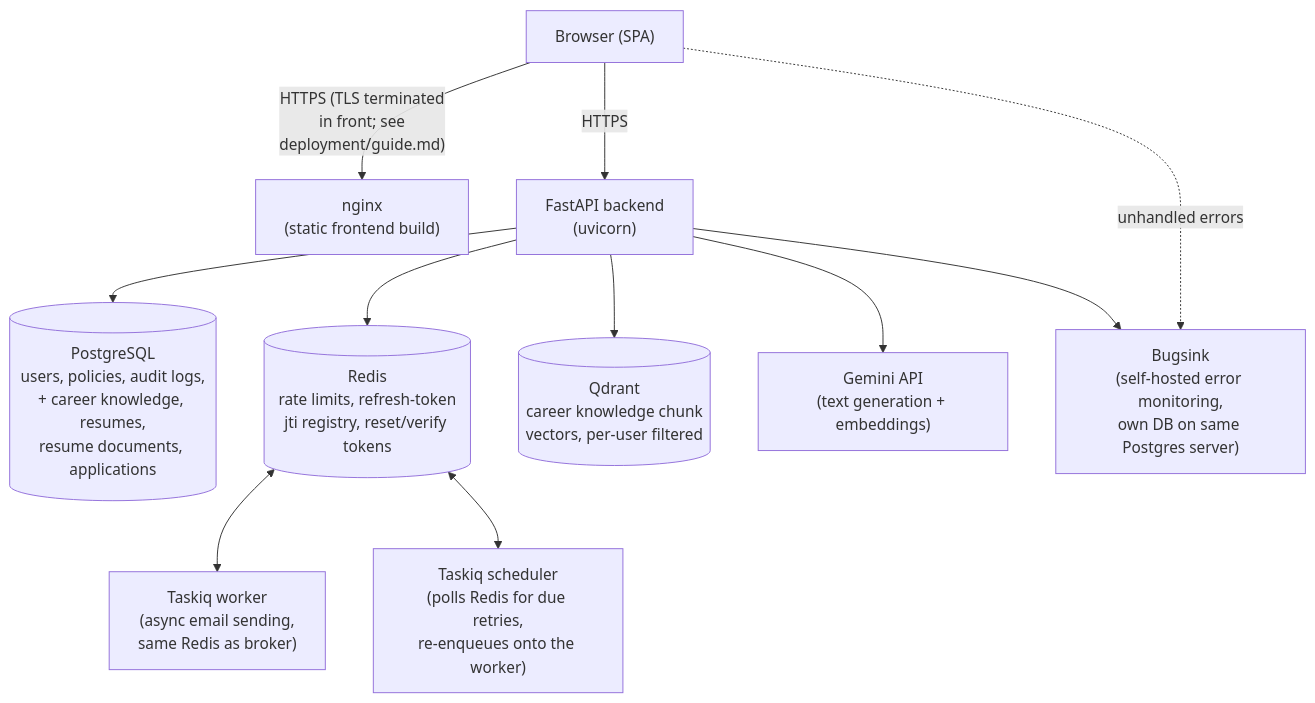
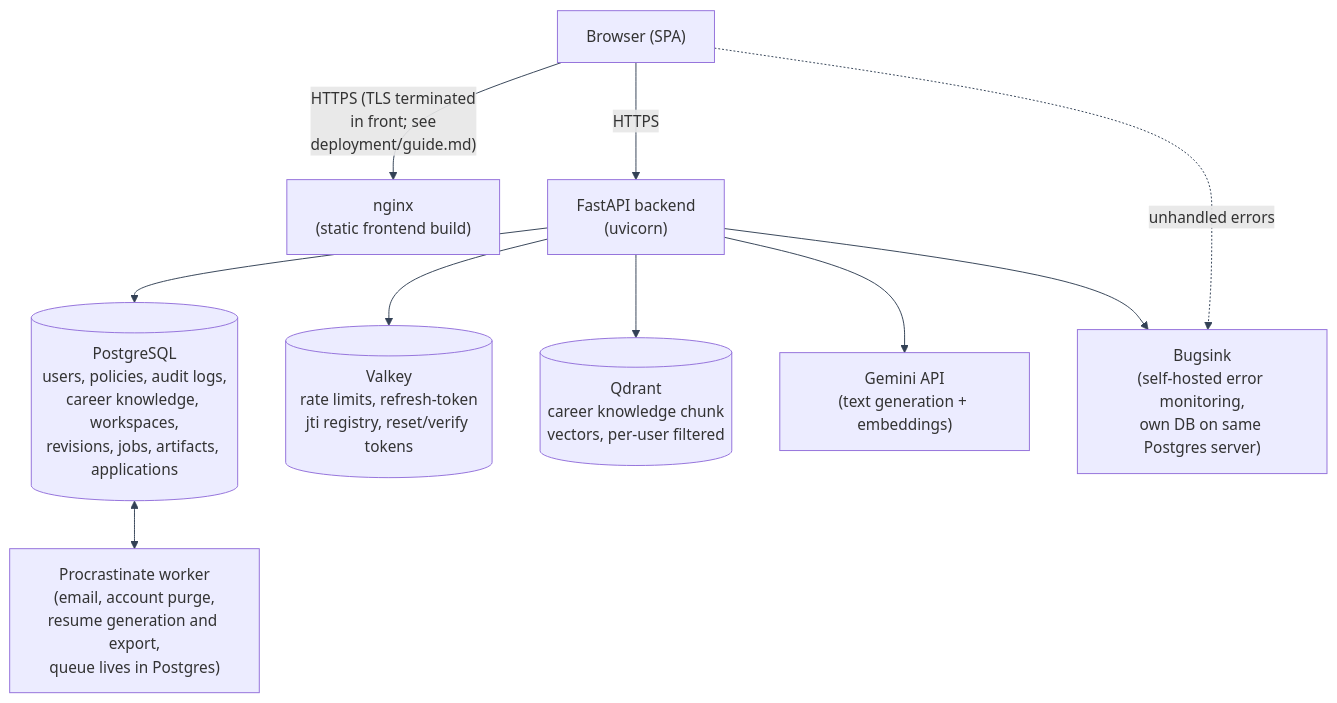
Before and after one commit to Nachiket-2024/manifest-cv: the first of 2 diagrams in docs/app/architecture/system-overview.md, drawn with Mermaid. The commit also changed other lines of this file and 1756 other files, not shown here.

Commit message:
Rebuilt ManifestCV Resume Studio flow and synced to mystic-auth (9bcbffc)

````diff
--- a/docs/app/architecture/system-overview.md
+++ b/docs/app/architecture/system-overview.md
@@ -9,20 +10,20 @@
 ```mermaid
+%%{init: {"themeVariables": {"lineColor": "#334155"}} }%%
 flowchart TD
     Browser["Browser (SPA)"]
 
     Browser -- "HTTPS (TLS terminated<br/>in front; see<br/>deployment/guide.md)" --> Nginx
     Browser -- HTTPS --> Backend
 
     Nginx["nginx<br/>(static frontend build)"]
     Backend["FastAPI backend<br/>(uvicorn)"]
 
-    Backend --> Postgres[("PostgreSQL<br/>users, policies, audit logs,<br/>+ career knowledge, resumes,<br/>resume documents, applications")]
-    Backend --> Redis[("Redis<br/>rate limits, refresh-token<br/>jti registry, reset/verify tokens")]
+    Backend --> Postgres[("PostgreSQL<br/>users, policies, audit logs,<br/>career knowledge, workspaces,<br/>revisions, jobs, artifacts, applications")]
+    Backend --> Valkey[("Valkey<br/>rate limits, refresh-token<br/>jti registry, reset/verify tokens")]
     Backend --> Qdrant[("Qdrant<br/>career knowledge chunk<br/>vectors, per-user filtered")]
     Backend --> Gemini["Gemini API<br/>(text generation + embeddings)"]
     Backend --> Bugsink["Bugsink<br/>(self-hosted error monitoring,<br/>own DB on same Postgres server)"]
     Browser -. "unhandled errors" .-> Bugsink
 
-    Redis <--> Taskiq["Taskiq worker<br/>(async email sending,<br/>same Redis as broker)"]
-    Redis <--> TaskiqScheduler["Taskiq scheduler<br/>(polls Redis for due retries,<br/>re-enqueues onto the worker)"]
+    Postgres <--> Procrastinate["Procrastinate worker<br/>(email, account purge,<br/>resume generation and export,<br/>queue lives in Postgres)"]
 ```
````
